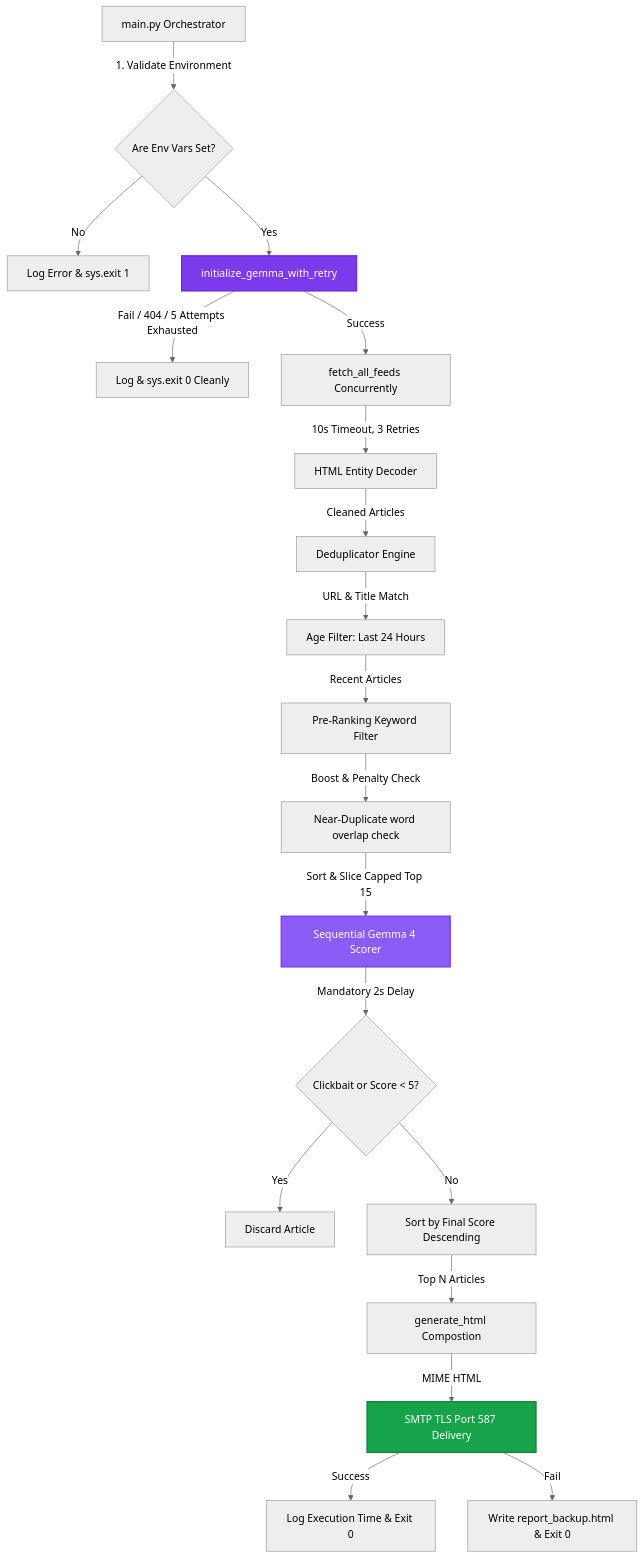
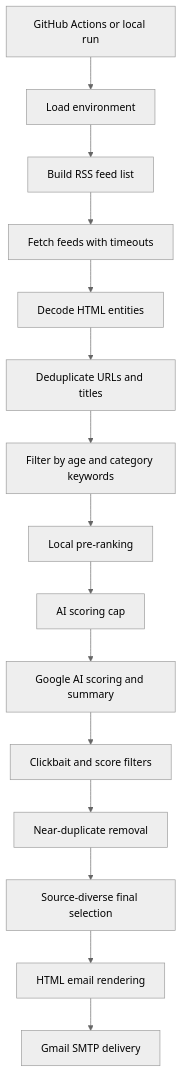
Before and after one commit to basavarajpatil660/daily-news-hunter: the diagram in README.md, drawn with Mermaid (neutral theme). The commit also changed other lines of this file and 2 other files, not shown here.

Commit message:
Update environment template, workflow, and README.md with user preferences

````diff
--- a/README.md
+++ b/README.md
@@ -37,32 +38,17 @@
 ```mermaid
-graph TD
-    A[main.py Orchestrator] -->|1. Validate Environment| B{Are Env Vars Set?}
-    B -->|No| C[Log Error & sys.exit 1]
-    B -->|Yes| D[initialize_gemma_with_retry]
-    
-    D -->|Fail / 404 / 5 Attempts Exhausted| E[Log & sys.exit 0 Cleanly]
-    D -->|Success| F[fetch_all_feeds Concurrently]
-    
-    F -->|10s Timeout, 3 Retries| G[HTML Entity Decoder]
-    G -->|Cleaned Articles| H[Deduplicator Engine]
-    
-    H -->|URL & Title Match| I[Age Filter: Last 24 Hours]
-    I -->|Recent Articles| J[Pre-Ranking Keyword Filter]
-    J -->|Boost & Penalty Check| K[Near-Duplicate word overlap check]
-    
-    K -->|Sort & Slice Capped Top 15| L[Sequential Gemma 4 Scorer]
-    L -->|Mandatory 2s Delay| M{Clickbait or Score < 5?}
-    
-    M -->|Yes| N[Discard Article]
-    M -->|No| O[Sort by Final Score Descending]
-    
-    O -->|Top N Articles| P[generate_html Compostion]
-    P -->|MIME HTML| Q[SMTP TLS Port 587 Delivery]
-    
-    Q -->|Success| R[Log Execution Time & Exit 0]
-    Q -->|Fail| S[Write report_backup.html & Exit 0]
-
-    style D fill:#7c3aed,stroke:#6d28d9,stroke-width:2px,color:#fff
-    style L fill:#8b5cf6,stroke:#7c3aed,stroke-width:2px,color:#fff
-    style Q fill:#16a34a,stroke:#15803d,stroke-width:2px,color:#fff
+flowchart TD
+    A[GitHub Actions or local run] --> B[Load environment]
+    B --> C[Build RSS feed list]
+    C --> D[Fetch feeds with timeouts]
+    D --> E[Decode HTML entities]
+    E --> F[Deduplicate URLs and titles]
+    F --> G[Filter by age and category keywords]
+    G --> H[Local pre-ranking]
+    H --> I[AI scoring cap]
+    I --> J[Google AI scoring and summary]
+    J --> K[Clickbait and score filters]
+    K --> L[Near-duplicate removal]
+    L --> M[Source-diverse final selection]
+    M --> N[HTML email rendering]
+    N --> O[Gmail SMTP delivery]
 ```
````
